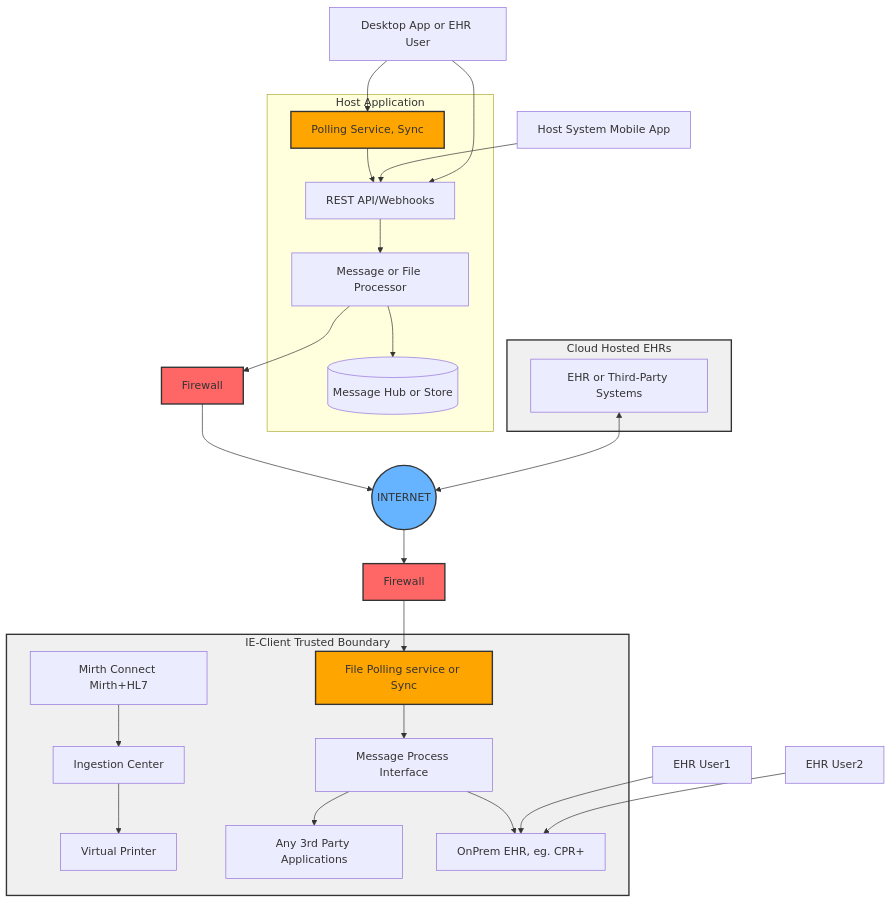
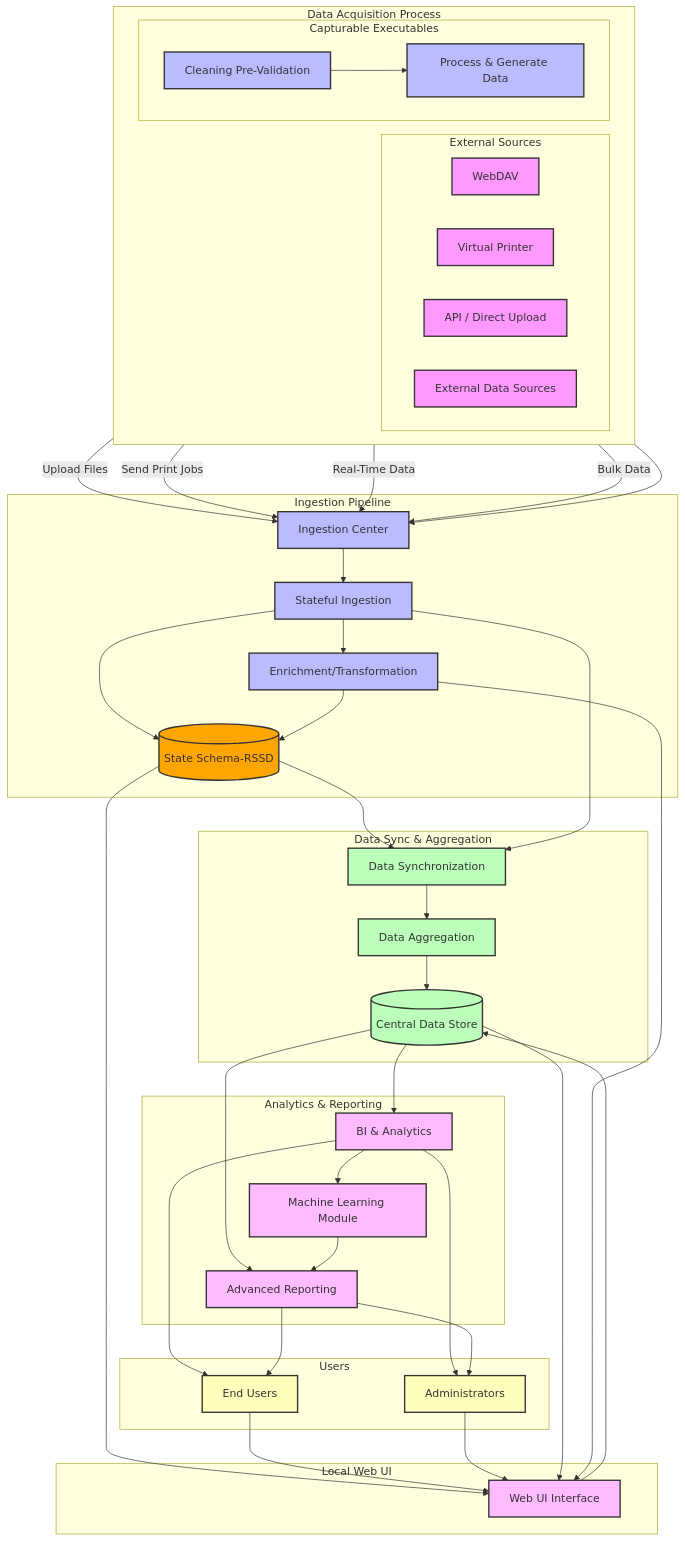
One commit to opsfolio/resource-surveillance-commons changed the first of 2 diagrams in pattern/integration-engine/README.md. Above: the diagram before and after it, drawn with Mermaid. The commit also changed other lines of this file, not shown here.

````diff
--- a/pattern/integration-engine/README.md
+++ b/pattern/integration-engine/README.md
@@ -192,62 +359,114 @@
 ```mermaid
-  graph TB
-    subgraph HostSystem[Host Application]
-        CHFHIR[Message or File Processor]
-        CHA[REST API/Webhooks]
-        CHFS[Polling Service, Sync]
-        CHFHIRS[(Message Hub or Store)]
-     
-        CHFHIR --> CHFHIRS
-        CHA --> CHFHIR
-        CHFS --> CHA
+  graph TD
+    %% Data Acquisition Process
+    subgraph Data Acquisition Process
+        direction LR
+        %% External Sources
+        subgraph External Sources
+            WebDAV[WebDAV]
+            VirtualPrinter[Virtual Printer]
+            APIDirect[API / Direct Upload]
+            ExtData[External Data Sources]
+        end
+
+        %% Capturable Executables (CEs)
+        subgraph CEs [Capturable Executables]
+            DataTransform[Cleaning Pre-Validation]
+            DataProcessing[Process & Generate Data]
+        end
     end
 
-    MobileApp[Host System Mobile App]
-    DesktopApp[Desktop App or EHR User]
-
-    MobileApp --> CHA
-    DesktopApp --> CHA
-    DesktopApp --> CHFS
-
-    FIREWALL1[Firewall]
-    INTERNET((INTERNET))
-    FIREWALL2[Firewall]
-    
-    subgraph CloudEHR[Cloud Hosted EHRs]
-        WSCT[EHR or Third-Party Systems]
+    %% Ingestion Pipeline
+    subgraph Ingestion Pipeline
+        LocalStorage[Ingestion Center]
+        StatefulIngest[Stateful Ingestion]
+        DataEnrich[Enrichment/Transformation]
+        RSSD[(State Schema-RSSD)]
+        
     end
 
-    subgraph IEAppliance[IE-Client Trusted Boundary]
-        MsgSyncSrv[File Polling service or Sync]
-        IEMsgProcessInterface[Message Process Interface]
-        IngestionCenter[Ingestion Center]
-        VirtualPrinter[Virtual Printer]
-        MirthConnect[Mirth Connect Mirth+HL7]
-        ThirdPartyApps[Any 3rd Party Applications]
-        OnPremEHR[OnPrem EHR, eg. CPR+]
-        
-        MsgSyncSrv --> IEMsgProcessInterface
-        IngestionCenter --> VirtualPrinter
-        MirthConnect --> IngestionCenter
-        IEMsgProcessInterface --> OnPremEHR
-        IEMsgProcessInterface --> ThirdPartyApps
+    %% Synchronization & Aggregation
+    subgraph Data Sync & Aggregation
+        DataSync[Data Synchronization]
+        DataAgg[Data Aggregation]
+        CentralDataStore[(Central Data Store)]
     end
 
-    OnPremEHRUser1[EHR User1]
-    OnPremEHRUser2[EHR User2]
-    CHFHIR --> FIREWALL1
-    FIREWALL1 --> INTERNET
-    INTERNET --> FIREWALL2
-    FIREWALL2 --> MsgSyncSrv
-    WSCT <--> INTERNET
-    OnPremEHRUser1 --> OnPremEHR
-    OnPremEHRUser2 --> OnPremEHR
+    %% Analytics & Reporting
+    subgraph Analytics & Reporting
+        BIAnalytics[BI & Analytics]
+        AdvReporting[Advanced Reporting]
+        MLModule[Machine Learning Module]
+    end
 
-    style IEAppliance fill:#f0f0f0,stroke:#333,stroke-width:2px
-    style CloudEHR fill:#f0f0f0,stroke:#333,stroke-width:2px
-    style INTERNET fill:#66b3ff,stroke:#333,stroke-width:2px
-    style FIREWALL1 fill:#ff6666,stroke:#333,stroke-width:2px
-    style FIREWALL2 fill:#ff6666,stroke:#333,stroke-width:2px
-    style MsgSyncSrv fill:#FFA500,stroke:#333,stroke-width:2px
-    style CHFS fill:#FFA500,stroke:#333,stroke-width:2px
+    %% Web UI
+    subgraph Web_UI [Local Web UI]
+        WebUI[Web UI Interface]
+    end
+
+    %% Users
+    subgraph Users
+        EndUsers[End Users]
+        Admins[Administrators]
+    end
+
+    %% Data Flow
+    %% External Sources to Ingestion Pipeline
+    WebDAV -->|Upload Files| LocalStorage
+    VirtualPrinter -->|Send Print Jobs| LocalStorage
+    APIDirect -->|Real-Time Data| LocalStorage
+    ExtData -->|Bulk Data| LocalStorage
+
+    %% CEs to Ingestion Pipeline
+    DataTransform --> DataProcessing
+    DataProcessing --> LocalStorage
+    
+
+    %% Ingestion Pipeline Processes
+    LocalStorage --> StatefulIngest
+    StatefulIngest --> RSSD
+    StatefulIngest --> DataEnrich
+    DataEnrich --> RSSD
+    RSSD --> DataSync
+
+    %% SQLite Database interaction
+    RSSD --> WebUI
+
+    %% Synchronization & Aggregation
+    DataSync --> DataAgg
+    DataAgg --> CentralDataStore
+
+    %% Analytics & Reporting
+    CentralDataStore --> BIAnalytics
+    CentralDataStore --> AdvReporting
+    WebUI --> CentralDataStore
+    BIAnalytics --> MLModule
+    MLModule --> AdvReporting
+
+    %% Users Interaction
+    EndUsers --> WebUI
+    Admins --> WebUI
+    BIAnalytics --> EndUsers
+    AdvReporting --> EndUsers
+    BIAnalytics --> Admins
+    AdvReporting --> Admins
+
+    %% Additional Connections for Extendibility
+    CentralDataStore --> WebUI
+    DataEnrich --> WebUI
+    StatefulIngest --> DataSync
+
+    %% Styling (Optional for better visualization)
+    classDef external fill:#f9f,stroke:#333,stroke-width:2px;
+    classDef ingestion fill:#bbf,stroke:#333,stroke-width:2px;
+    classDef syncAgg fill:#bfb,stroke:#333,stroke-width:2px;
+    classDef analytics fill:#fbf,stroke:#333,stroke-width:2px;
+    classDef users fill:#ffb,stroke:#333,stroke-width:2px;
+    classDef db fill:#FFA500,stroke:#333,stroke-width:2px
+    class WebDAV,VirtualPrinter,APIDirect,ExtData external;
+    class RSSD db;
+    class LocalStorage,StatefulIngest,DataTransform,DataProcessing,DataEnrich ingestion;
+    class DataSync,DataAgg,CentralDataStore syncAgg;
+    class BIAnalytics,AdvReporting,WebUI,MLModule analytics;
+    class EndUsers,Admins users;
 ```
````
